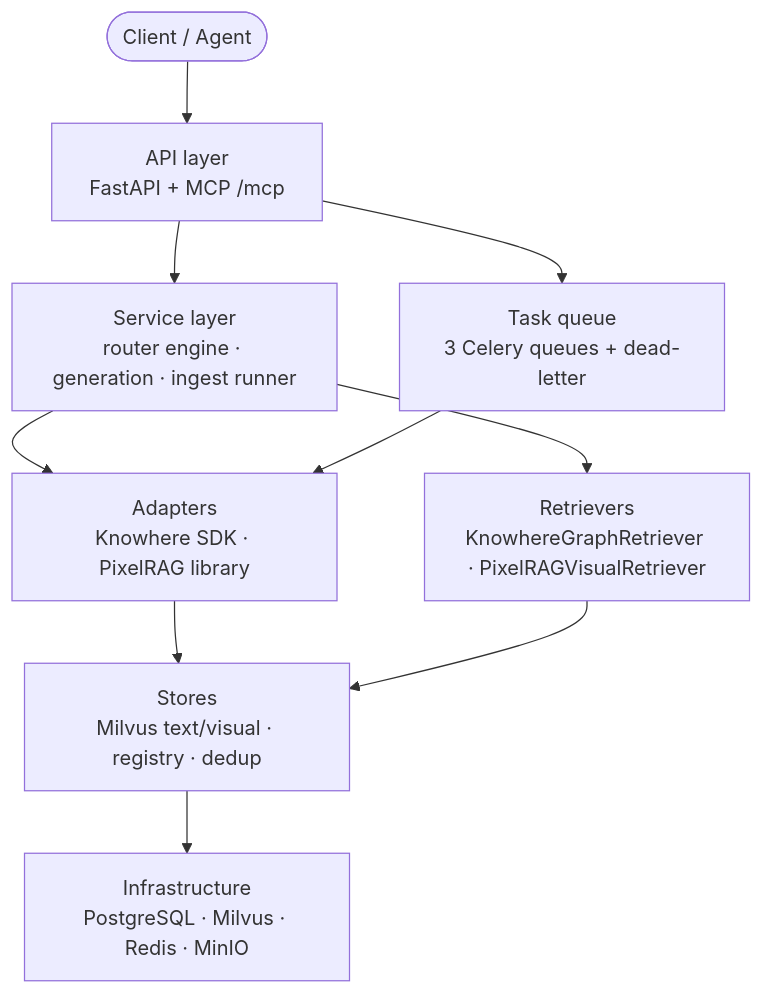
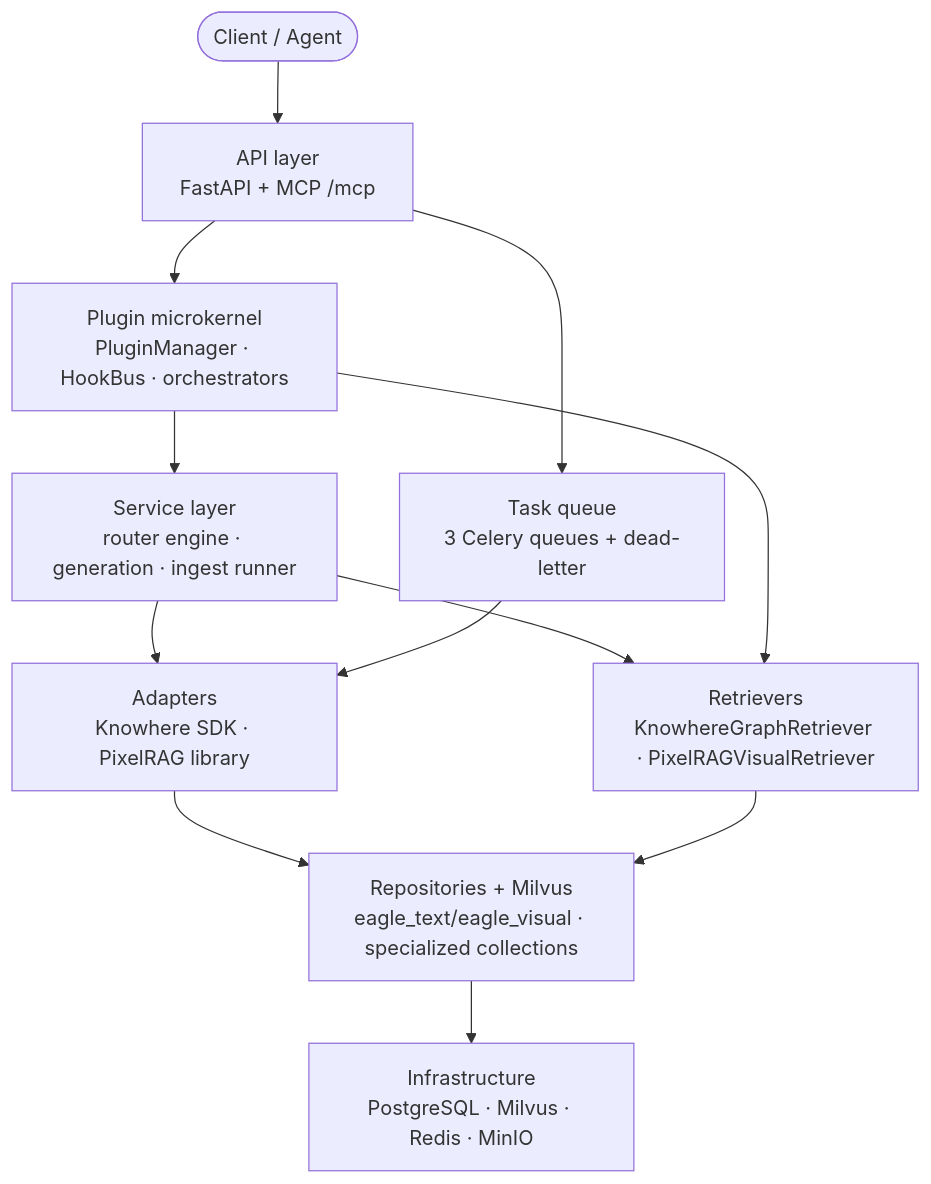
The diagram in docs/en/backend/index.md (zhiweio/EagleRAG), drawn with Mermaid before and after one commit. The commit also changed other lines of this file and 249 other files, not shown here.

Commit message:
feat: refactor system into micro-kernel puls plugin RAG platform

````diff
--- a/docs/en/backend/index.md
+++ b/docs/en/backend/index.md
@@ -26,12 +26,14 @@
 ```mermaid
 flowchart TD
     CLIENT(["Client / Agent"]) --> API["API layer<br/>FastAPI + MCP /mcp"]
-    API --> SERVICES["Service layer<br/>router engine · generation · ingest runner"]
+    API --> KERNEL["Plugin microkernel<br/>PluginManager · HookBus · orchestrators"]
+    KERNEL --> SERVICES["Service layer<br/>router engine · generation · ingest runner"]
     SERVICES --> ADAPTERS["Adapters<br/>Knowhere SDK · PixelRAG library"]
     SERVICES --> RETRIEVERS["Retrievers<br/>KnowhereGraphRetriever · PixelRAGVisualRetriever"]
-    ADAPTERS --> STORES["Stores<br/>Milvus text/visual · registry · dedup"]
-    RETRIEVERS --> STORES
-    STORES --> INFRA["Infrastructure<br/>PostgreSQL · Milvus · Redis · MinIO"]
+    KERNEL --> RETRIEVERS
+    ADAPTERS --> REPOS["Repositories + Milvus<br/>eagle_text/eagle_visual · specialized collections"]
+    RETRIEVERS --> REPOS
+    REPOS --> INFRA["Infrastructure<br/>PostgreSQL · Milvus · Redis · MinIO"]
     API --> TASKS["Task queue<br/>3 Celery queues + dead-letter"]
     TASKS --> ADAPTERS
 ```
````
